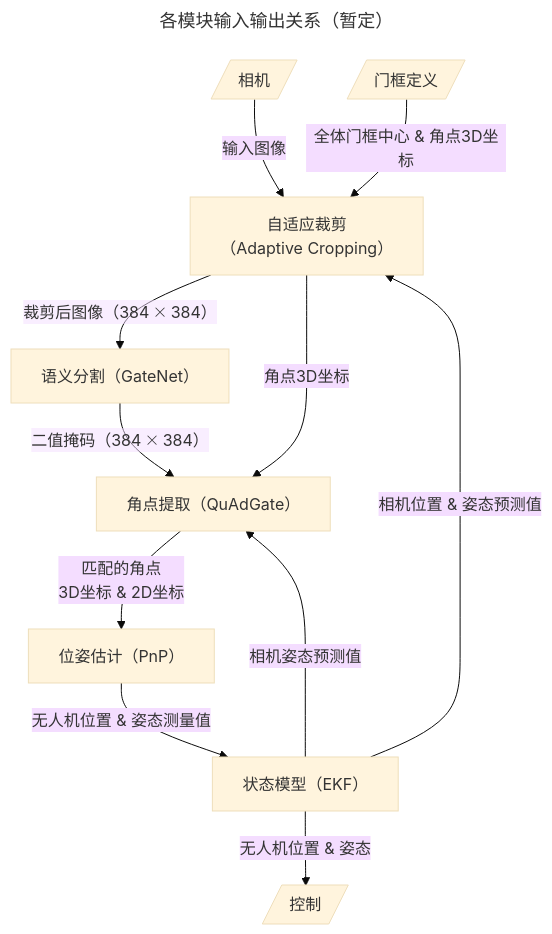
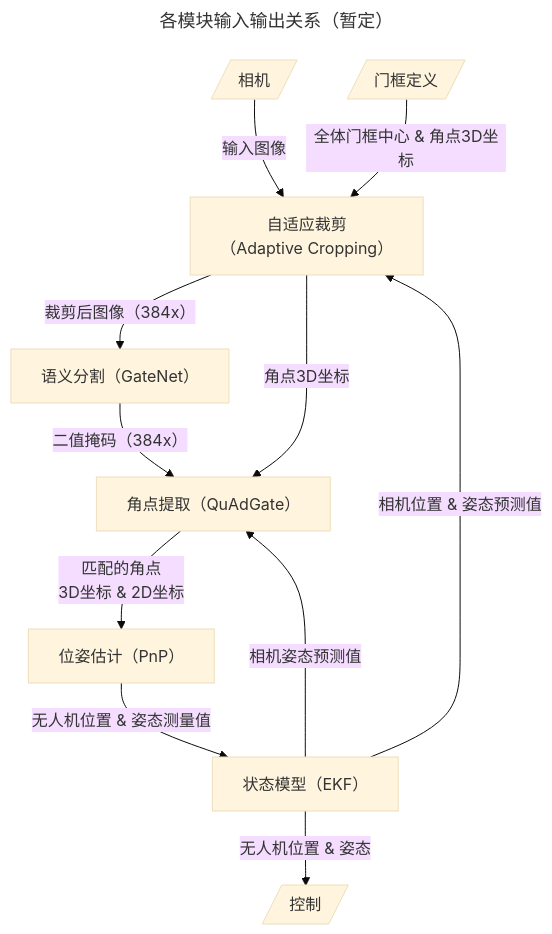
The diagram in README.md (Xyc1596/monorace_perception), drawn with Mermaid (base theme) before and after one commit.

Commit message:
修复Mermaid显示问题

````diff
--- a/README.md
+++ b/README.md
@@ -17,29 +17,29 @@
 ```mermaid
 ---
 title: "各模块输入输出关系（暂定）"
 ---
 flowchart TD
     AC["自适应裁剪\n（Adaptive Cropping）"]
     Seg["语义分割（GateNet）"]
     CD["角点提取（QuAdGate）"]
     PnP["位姿估计（PnP）"]
     EKF["状态模型（EKF）"]
 
     cam[/"相机"/]
     gates[/"门框定义"/]
     ctrl[/"控制"/]
 
     cam -->|"输入图像"| AC
     gates -->|"全体门框中心 & 角点3D坐标"| AC
     EKF -->|"相机位置 & 姿态预测"值| AC
 
-    AC -->|"裁剪后图像（384 $$\times$$ 384）"| Seg
+    AC -->|"裁剪后图像（384x）"| Seg
 
-    Seg -->|"二值掩码（384 $$\times$$ 384）"| CD
+    Seg -->|"`二值掩码（384x）`"| CD
     AC -->|"角点3D坐标"| CD
     EKF -->|"相机姿态预测值"| CD
 
     CD -->|"匹配的角点\n3D坐标 & 2D坐标"| PnP
     PnP -->|"无人机位置 & 姿态测量值"| EKF
     EKF -->|"无人机位置 & 姿态"| ctrl
 ```
````
